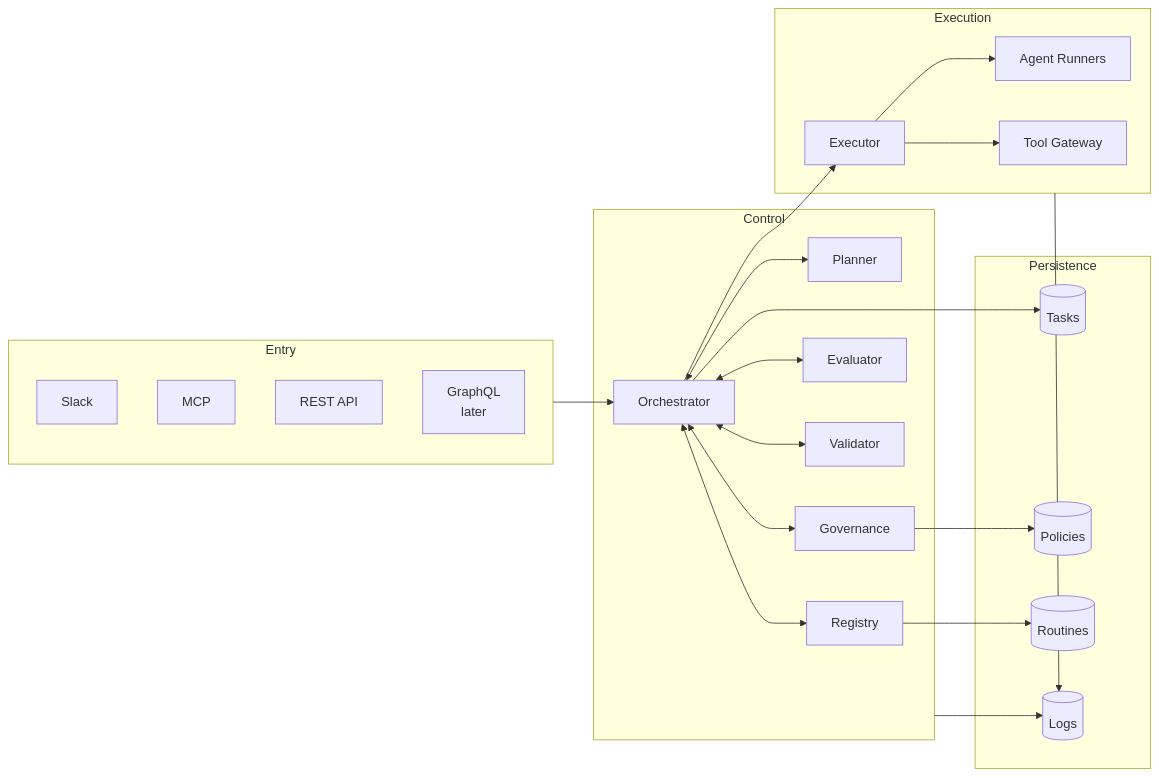
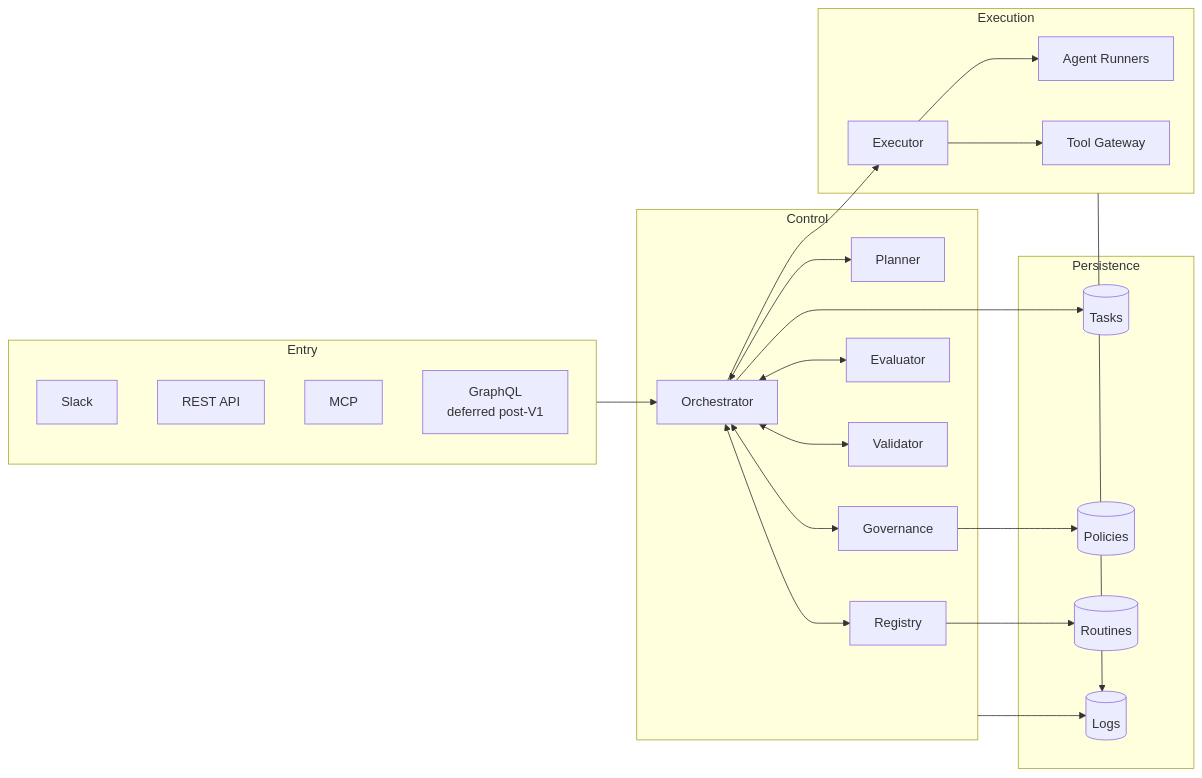
One commit to dr-robert-li/agentic-mesh-reference-arch changed the first of 2 diagrams in docs/architecture.md. Above: the diagram before and after it, drawn with Mermaid. The commit also changed other lines of this file and 20 other files, not shown here.

````diff
--- a/docs/architecture.md
+++ b/docs/architecture.md
@@ -18,43 +18,43 @@
 ```mermaid
 flowchart LR
     subgraph Entry
         SLK[Slack]
+        API[REST API]
         MCP[MCP]
-        API[REST API]
-        GQL[GraphQL<br/>later]
+        GQL[GraphQL<br/>deferred post-V1]
     end
     subgraph Control
         ORCH[Orchestrator]
         PLAN[Planner]
         GOV[Governance]
         EVAL[Evaluator]
         VAL[Validator]
         REG[Registry]
     end
     subgraph Execution
         EXEC[Executor]
         AG[Agent Runners]
         GW[Tool Gateway]
     end
     subgraph Persistence
         T[(Tasks)]
         P[(Policies)]
         R[(Routines)]
         L[(Logs)]
     end
 
     Entry --> ORCH
     ORCH <--> PLAN
     ORCH <--> GOV
     ORCH <--> VAL
     ORCH --> EXEC
     ORCH <--> EVAL
     ORCH <--> REG
     EXEC --> AG
     EXEC --> GW
     ORCH --> T
     GOV --> P
     REG --> R
     Control --> L
     Execution --> L
 ```
````
